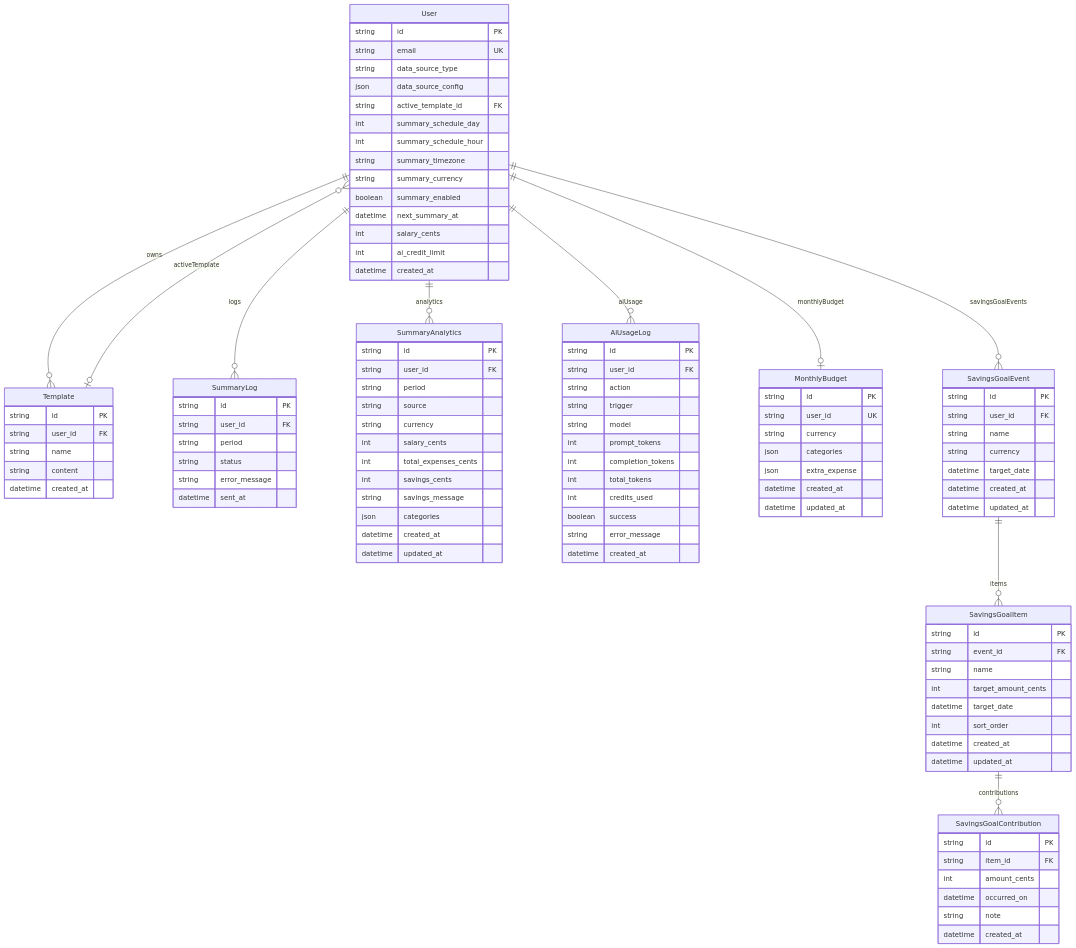
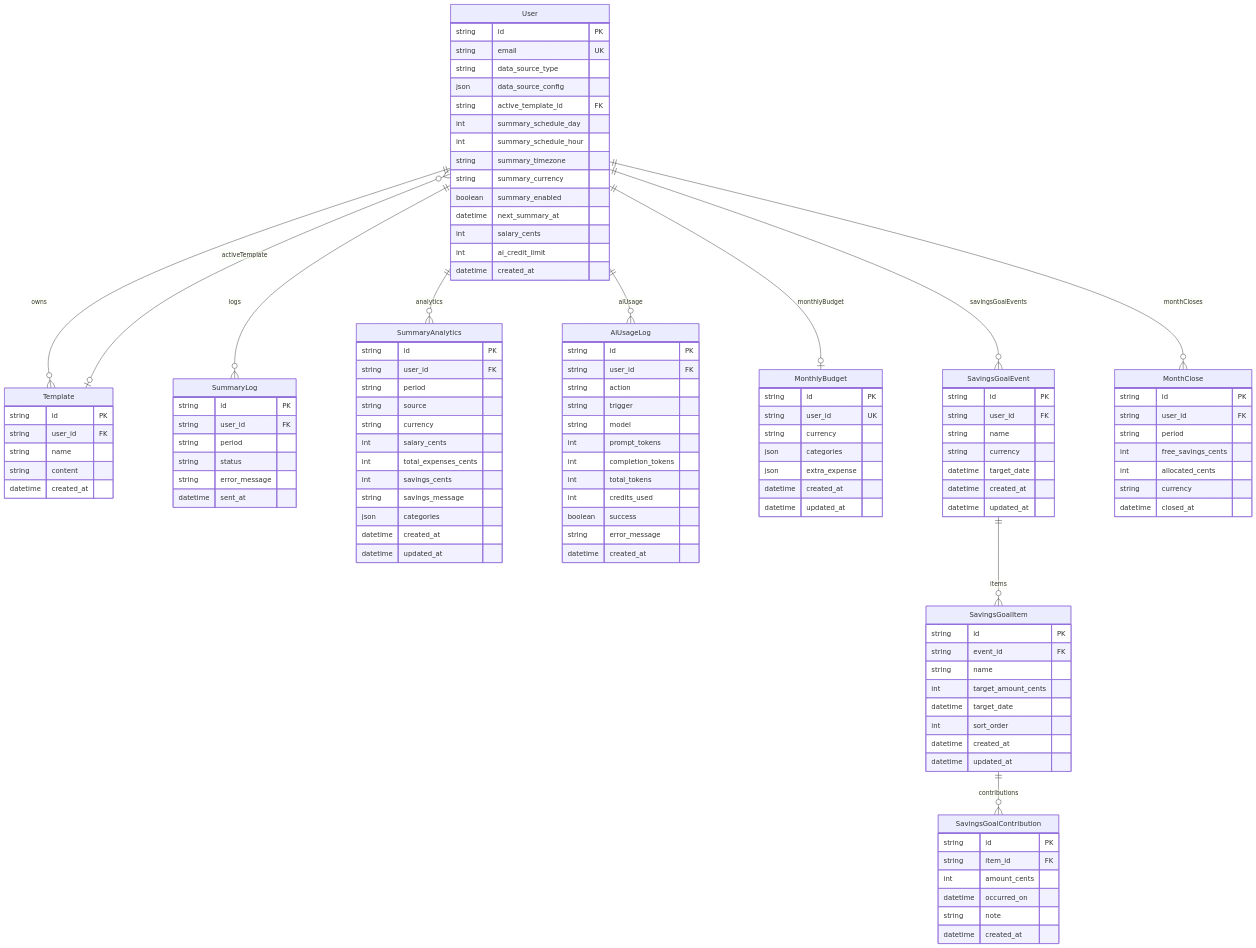
Before and after one commit to PatrykS-ORG/expenses-tracking-backend: the diagram in docs/database.md, drawn with Mermaid. The commit also changed other lines of this file and 29 other files, not shown here.

```diff
--- a/docs/database.md
+++ b/docs/database.md
@@ -293,6 +310,7 @@
   User ||--o{ AiUsageLog : aiUsage
   User ||--o| MonthlyBudget : monthlyBudget
   User ||--o{ SavingsGoalEvent : savingsGoalEvents
+  User ||--o{ MonthClose : monthCloses
   SavingsGoalEvent ||--o{ SavingsGoalItem : items
   SavingsGoalItem ||--o{ SavingsGoalContribution : contributions
   User {
@@ -376,6 +394,15 @@
     string note
     datetime created_at
   }
+  MonthClose {
+    string id PK
+    string user_id FK
+    string period
+    int free_savings_cents
+    int allocated_cents
+    string currency
+    datetime closed_at
+  }
   AiUsageLog {
     string id PK
     string user_id FK
```
